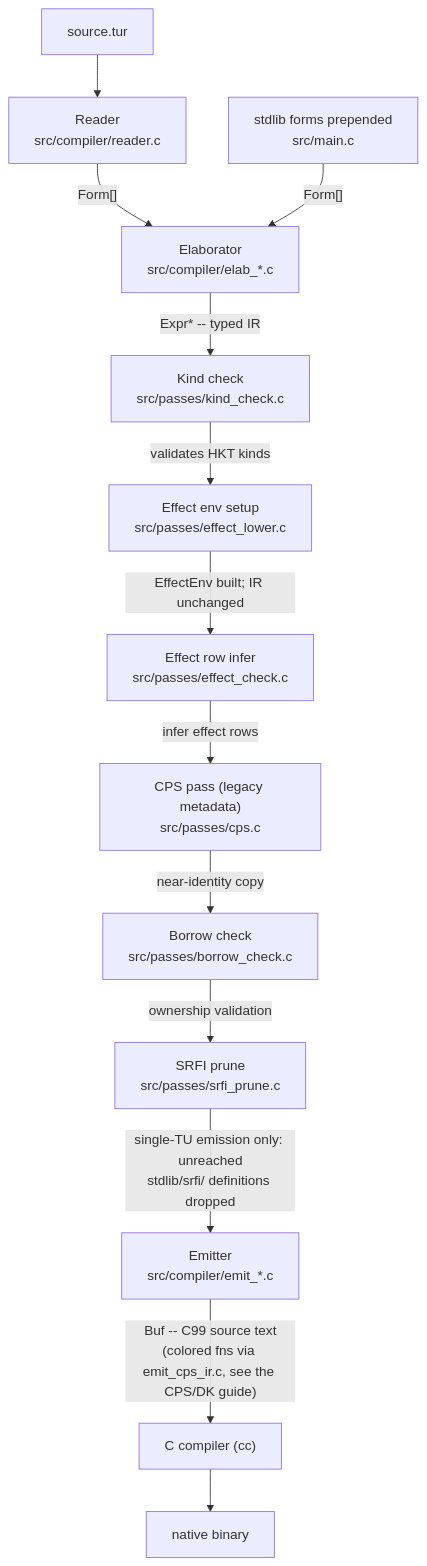
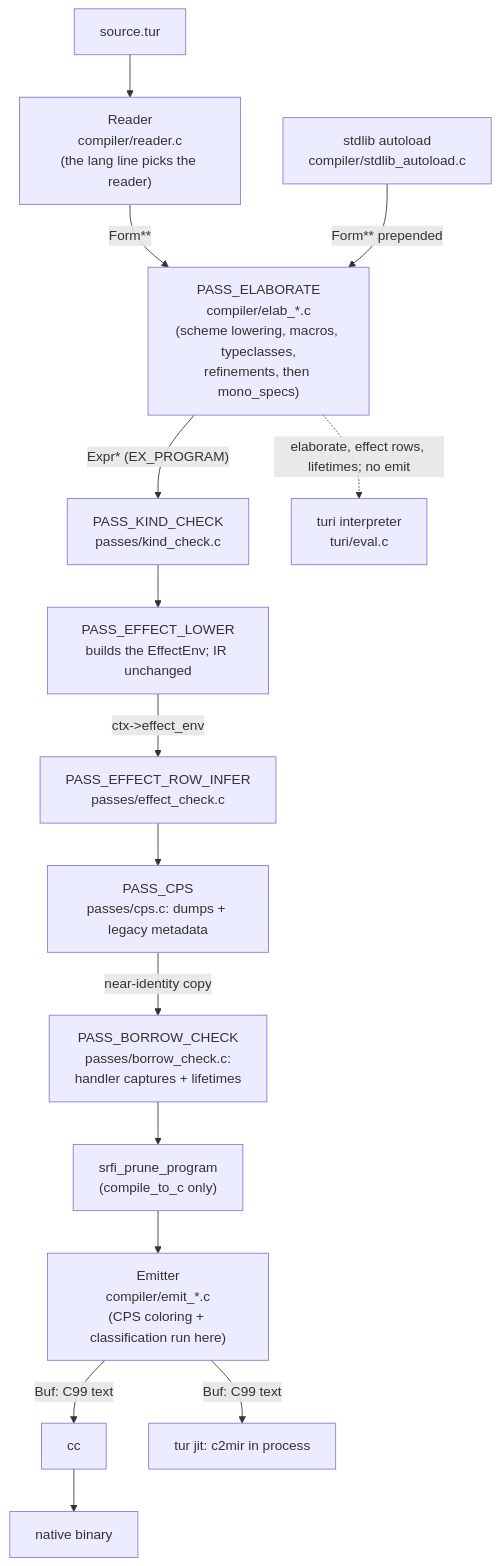
The diagram in docs/guides/compiler-internals.md (turmeric-lang/turmeric), drawn with Mermaid before and after one commit. The commit also changed other lines of this file, not shown here.

First line of the commit message:
docs/guides: WIP snapshot of the compiler-internals.md rewrite (unreviewed)

````diff
--- a/docs/guides/compiler-internals.md
+++ b/docs/guides/compiler-internals.md
@@ -17,29 +43,33 @@
 ```mermaid
 flowchart TD
   SRC["source.tur"]
-  STD["stdlib forms prepended<br/>src/main.c"]
-  RD["Reader<br/>src/compiler/reader.c"]
-  EL["Elaborator<br/>src/compiler/elab_*.c"]
-  KC["Kind check<br/>src/passes/kind_check.c"]
-  EFL["Effect env setup<br/>src/passes/effect_lower.c"]
-  EFC["Effect row infer<br/>src/passes/effect_check.c"]
-  CPS["CPS pass (legacy metadata)<br/>src/passes/cps.c"]
-  BC["Borrow check<br/>src/passes/borrow_check.c"]
-  SP["SRFI prune<br/>src/passes/srfi_prune.c"]
-  EM["Emitter<br/>src/compiler/emit_*.c"]
-  CC["C compiler (cc)"]
+  RD["Reader<br/>compiler/reader.c<br/>(the lang line picks the reader)"]
+  STD["stdlib autoload<br/>compiler/stdlib_autoload.c"]
+  EL["PASS_ELABORATE<br/>compiler/elab_*.c<br/>(scheme lowering, macros, typeclasses,<br/>refinements, then mono_specs)"]
+  KC["PASS_KIND_CHECK<br/>passes/kind_check.c"]
+  EFL["PASS_EFFECT_LOWER<br/>builds the EffectEnv; IR unchanged"]
+  EFC["PASS_EFFECT_ROW_INFER<br/>passes/effect_check.c"]
+  CPS["PASS_CPS<br/>passes/cps.c: dumps + legacy metadata"]
+  BC["PASS_BORROW_CHECK<br/>passes/borrow_check.c:<br/>handler captures + lifetimes"]
+  SP["srfi_prune_program<br/>(compile_to_c only)"]
+  EM["Emitter<br/>compiler/emit_*.c<br/>(CPS coloring + classification run here)"]
+  CC["cc"]
+  JIT["tur jit: c2mir in process"]
   BIN["native binary"]
+  TURI["turi interpreter<br/>turi/eval.c"]
 
   SRC --> RD
-  RD -->|"Form[]"| EL
-  STD -->|"Form[]"| EL
-  EL -->|"Expr* -- typed IR"| KC
-  KC -->|"validates HKT kinds"| EFL
-  EFL -->|"EffectEnv built; IR unchanged"| EFC
-  EFC -->|"infer effect rows"| CPS
+  RD -->|"Form**"| EL
+  STD -->|"Form** prepended"| EL
+  EL -->|"Expr* (EX_PROGRAM)"| KC
+  KC --> EFL
+  EFL -->|"ctx->effect_env"| EFC
+  EFC --> CPS
   CPS -->|"near-identity copy"| BC
-  BC -->|"ownership validation"| SP
-  SP -->|"single-TU emission only: unreached<br/>stdlib/srfi/ definitions dropped"| EM
-  EM -->|"Buf -- C99 source text<br/>(colored fns via emit_cps_ir.c, see the CPS/DK guide)"| CC
+  BC --> SP
+  SP --> EM
+  EM -->|"Buf: C99 text"| CC
+  EM -->|"Buf: C99 text"| JIT
   CC --> BIN
+  EL -.->|"elaborate, effect rows, lifetimes; no emit"| TURI
 ```
````
